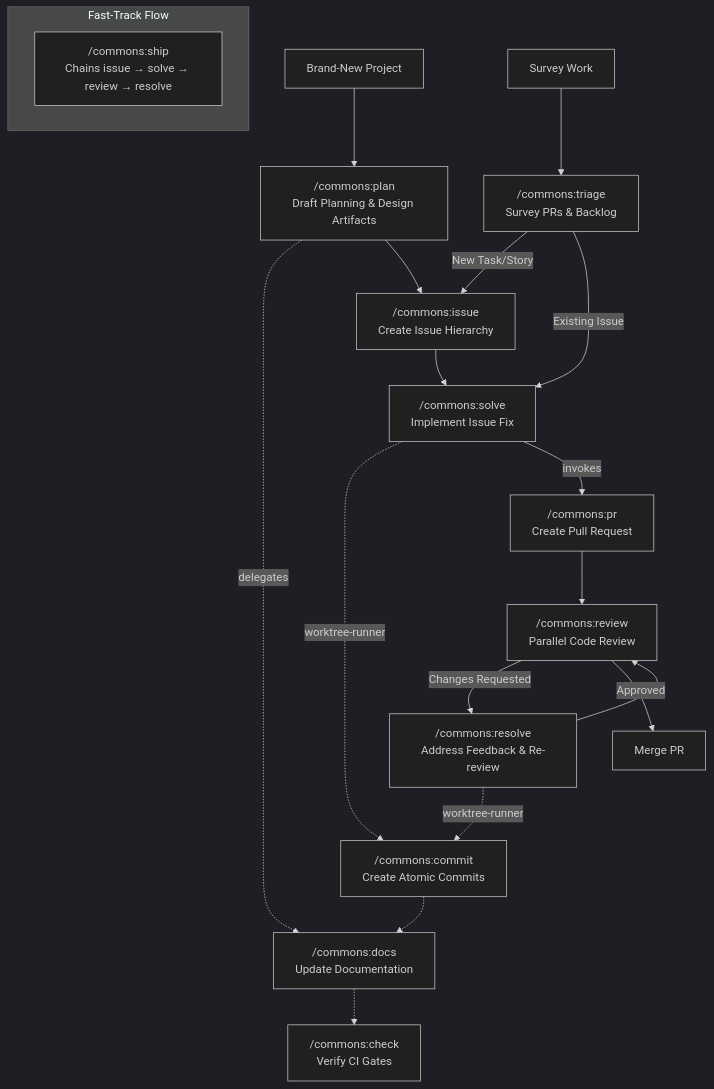
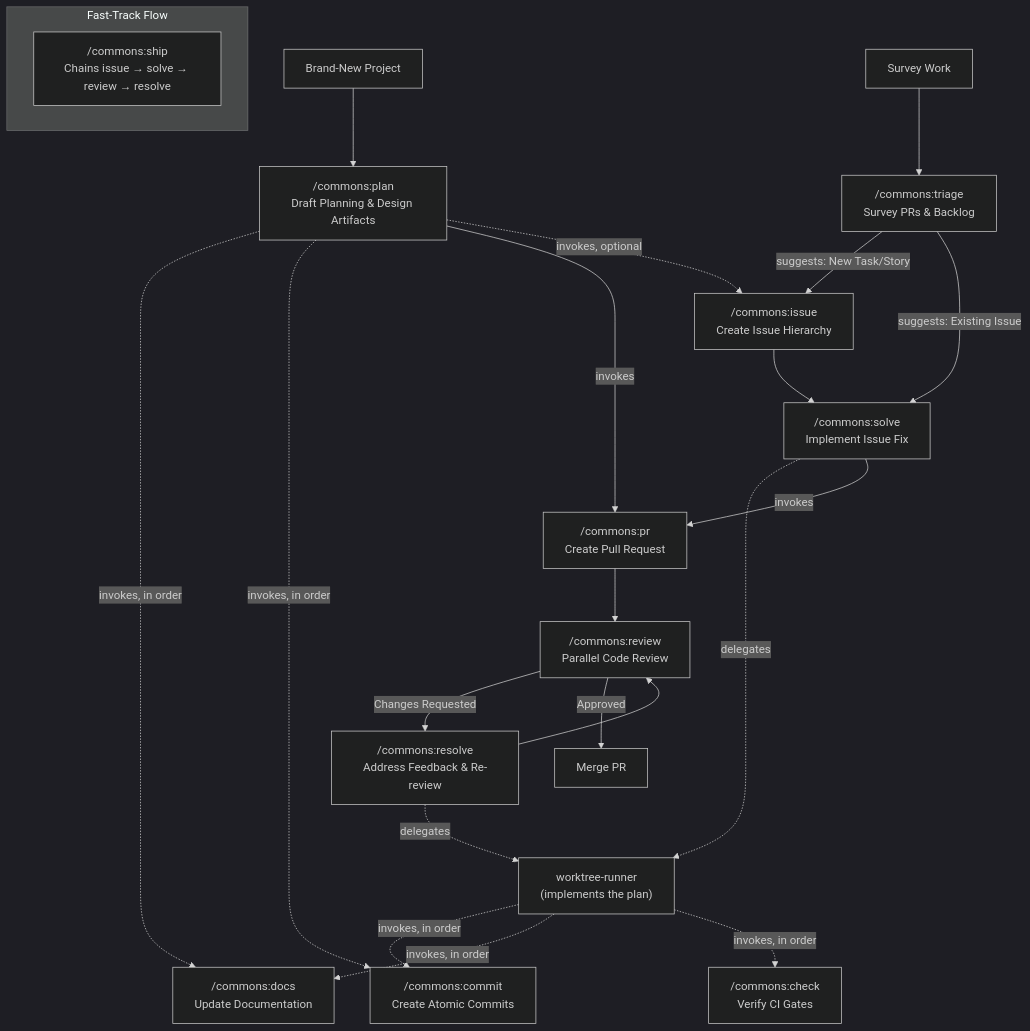
The second of 2 diagrams in plugin/README.md (aimarchirico/commons), drawn with Mermaid (dark theme) before and after one commit. The commit also changed other lines of this file and 4 other files, not shown here.

````diff
--- a/plugin/README.md
+++ b/plugin/README.md
@@ -57,27 +57,30 @@
 ```mermaid
 graph TD
     start_proj["Brand-New Project"] --> plan["/commons:plan<br/>Draft Planning & Design Artifacts"]
-    plan -.->|delegates| docs["/commons:docs<br/>Update Documentation"]
-    plan --> issue["/commons:issue<br/>Create Issue Hierarchy"]
+    plan -.->|invokes, in order| docs["/commons:docs<br/>Update Documentation"]
+    plan -.->|invokes, in order| commit["/commons:commit<br/>Create Atomic Commits"]
+    plan -->|invokes| pr["/commons:pr<br/>Create Pull Request"]
+    plan -.->|invokes, optional| issue["/commons:issue<br/>Create Issue Hierarchy"]
 
     survey["Survey Work"] --> triage["/commons:triage<br/>Survey PRs & Backlog"]
-    triage -->|New Task/Story| issue
-    triage -->|Existing Issue| solve["/commons:solve<br/>Implement Issue Fix"]
+    triage -->|suggests: New Task/Story| issue
+    triage -->|suggests: Existing Issue| solve["/commons:solve<br/>Implement Issue Fix"]
     issue --> solve
 
-    solve -.->|worktree-runner| commit["/commons:commit<br/>Create Atomic Commits"]
-    commit -.-> docs
-    docs -.-> check["/commons:check<br/>Verify CI Gates"]
-    solve -->|invokes| pr["/commons:pr<br/>Create Pull Request"]
+    solve -.->|delegates| runner["worktree-runner<br/>(implements the plan)"]
+    runner -.->|invokes, in order| commit
+    runner -.->|invokes, in order| docs
+    runner -.->|invokes, in order| check["/commons:check<br/>Verify CI Gates"]
+    solve -->|invokes| pr
     pr --> review["/commons:review<br/>Parallel Code Review"]
 
     review -->|Changes Requested| resolve["/commons:resolve<br/>Address Feedback & Re-review"]
-    resolve -.->|worktree-runner| commit
+    resolve -.->|delegates| runner
     resolve --> review
 
     review -->|Approved| merge["Merge PR"]
 
     subgraph FastTrack["Fast-Track Flow"]
         ship["/commons:ship<br/>Chains issue → solve → review → resolve"]
     end
 ```
````
